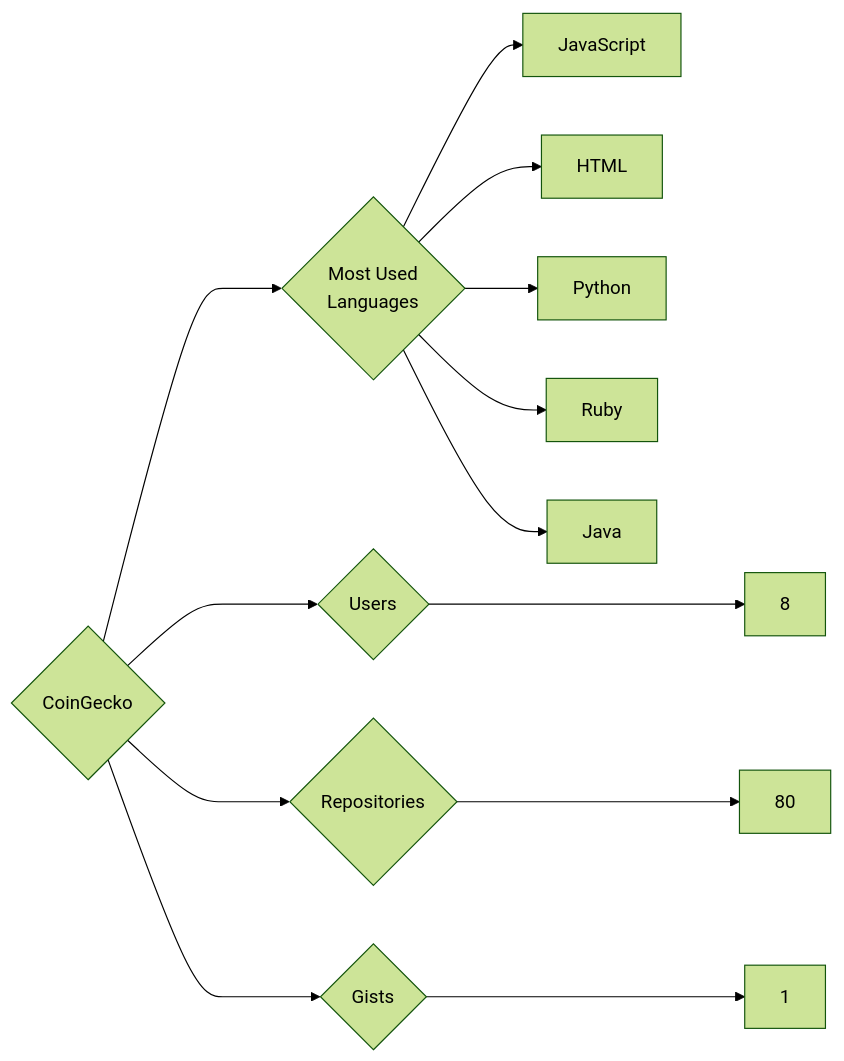
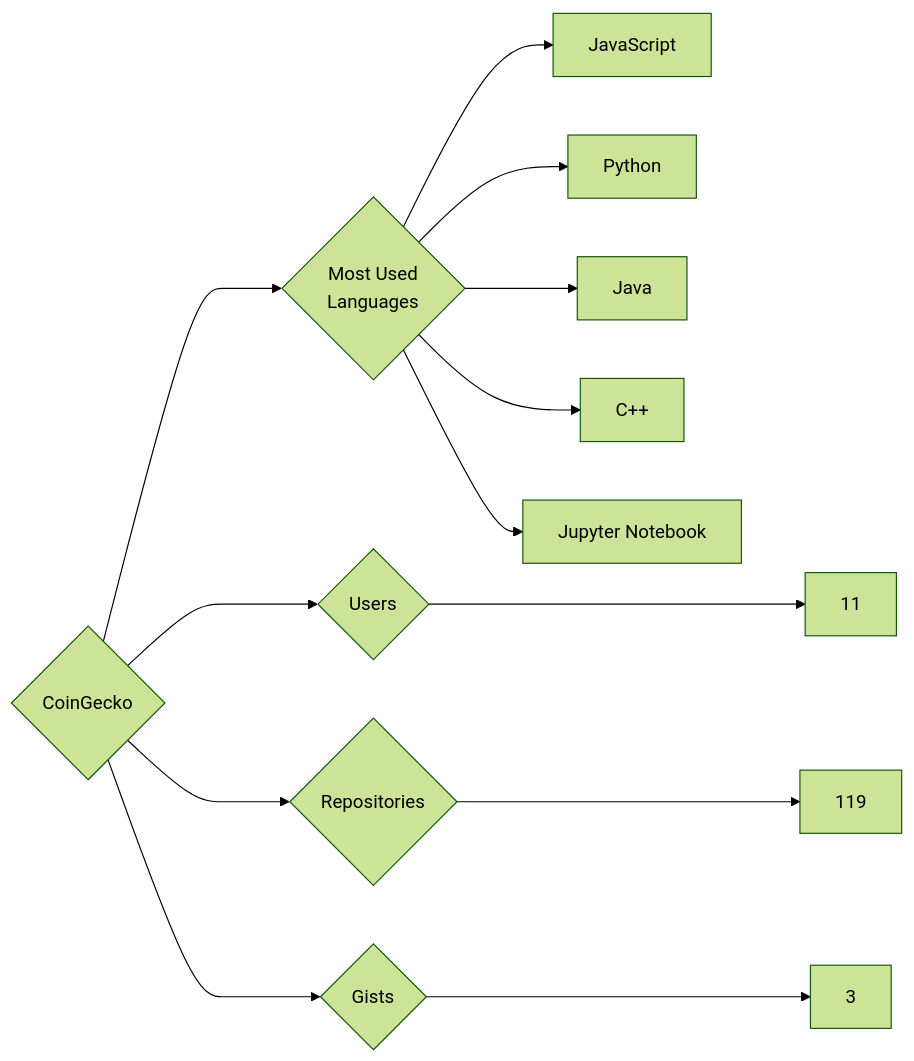
The diagram in targets/CoinGecko/README.md (trickest/insiders), drawn with Mermaid (forest theme) before and after one commit. The commit also changed 985 other files, not shown here.

````diff
--- a/targets/CoinGecko/README.md
+++ b/targets/CoinGecko/README.md
@@ -3,13 +3,13 @@
 ```mermaid
 graph LR
 COMPANY_NAME{CoinGecko}
-COMPANY_NAME ---> U{Users} ---> UN[8]
-COMPANY_NAME ---> R{Repositories} ---> RN[80]
-COMPANY_NAME ---> G{Gists} ---> GN[1]
+COMPANY_NAME ---> U{Users} ---> UN[11]
+COMPANY_NAME ---> R{Repositories} ---> RN[119]
+COMPANY_NAME ---> G{Gists} ---> GN[3]
 COMPANY_NAME ---> ML{Most Used<br>Languages}
 ML --> JavaScript[JavaScript]
-ML --> HTML[HTML]
 ML --> Python[Python]
-ML --> Ruby[Ruby]
 ML --> Java[Java]
+ML --> C++[C++]
+ML --> Jupyter_Notebook[Jupyter Notebook]
 ```
````
